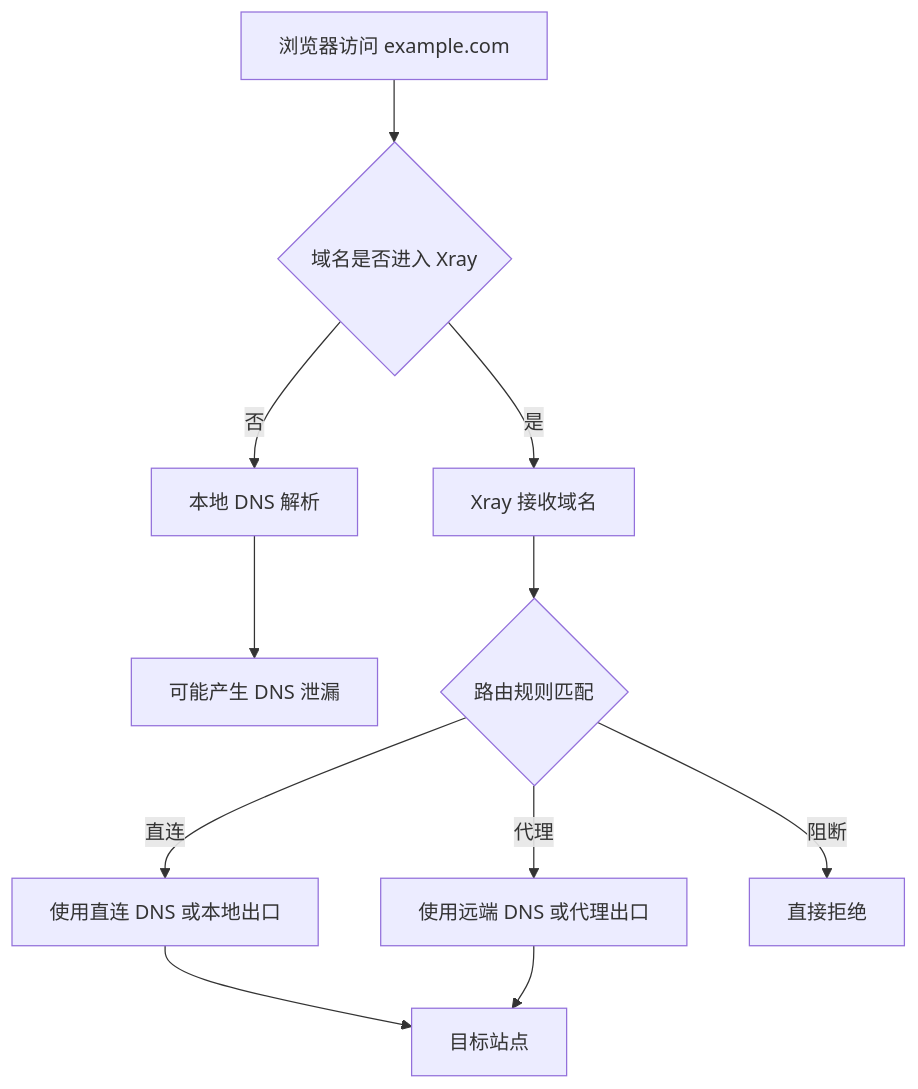
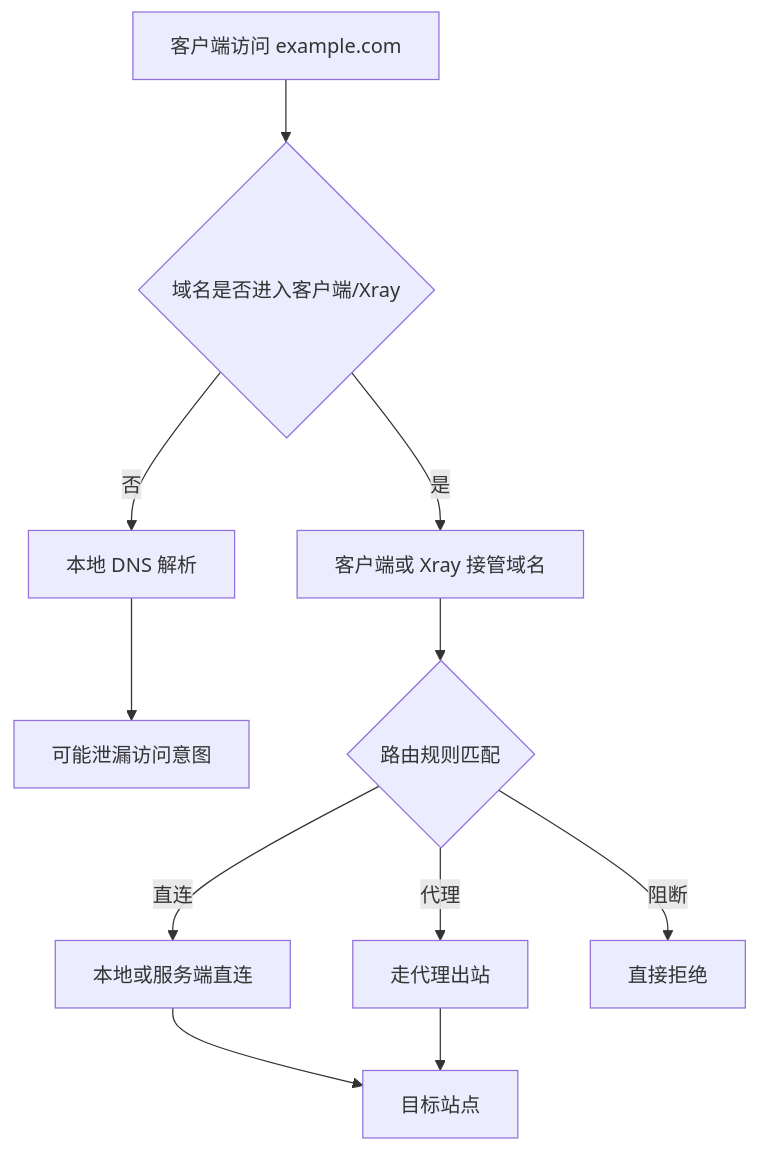
One commit to chcbz/chcbz.github.io changed the ninth of 10 diagrams in docs/article/2026/202608170000.md. Above: the diagram before and after it, drawn with Mermaid. The commit also changed other lines of this file, not shown here.

Commit message:
docs: restructure xray network evolution story

````diff
--- a/docs/article/2026/202608170000.md
+++ b/docs/article/2026/202608170000.md
@@ -302,13 +549,13 @@
 ```mermaid
 flowchart TB
-    A[浏览器访问 example.com] --> B{域名是否进入 Xray}
+    A[客户端访问 example.com] --> B{域名是否进入客户端/Xray}
     B -->|否| C[本地 DNS 解析]
-    C --> D[可能产生 DNS 泄漏]
-    B -->|是| E[Xray 接收域名]
+    C --> D[可能泄漏访问意图]
+    B -->|是| E[客户端或 Xray 接管域名]
     E --> F{路由规则匹配}
-    F -->|直连| G[使用直连 DNS 或本地出口]
-    F -->|代理| H[使用远端 DNS 或代理出口]
+    F -->|直连| G[本地或服务端直连]
+    F -->|代理| H[走代理出站]
     F -->|阻断| I[直接拒绝]
     G --> J[目标站点]
     H --> J
 ```
````
